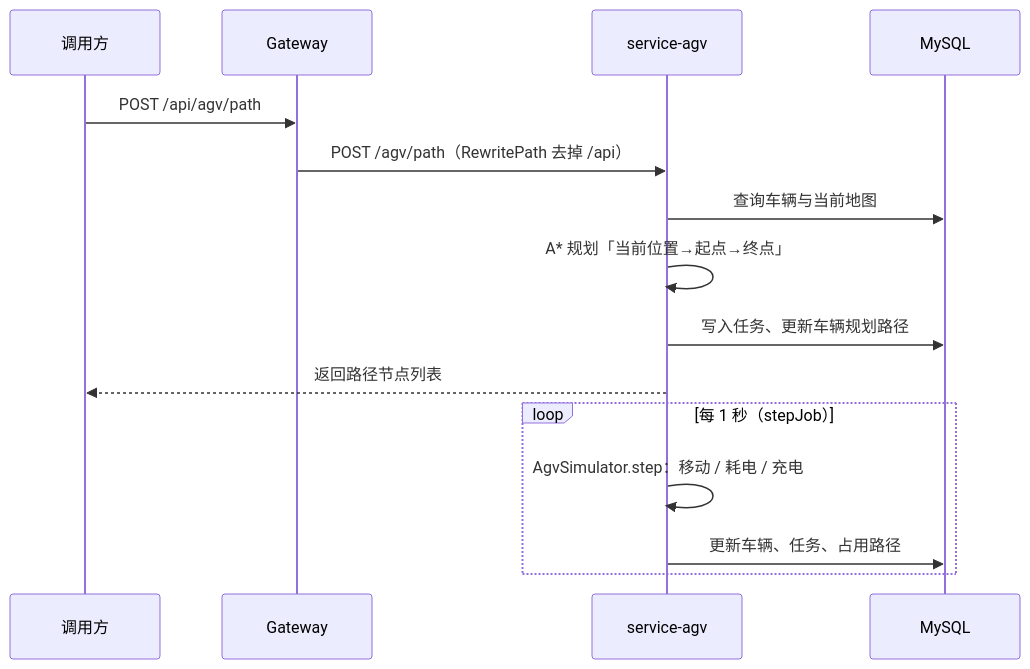
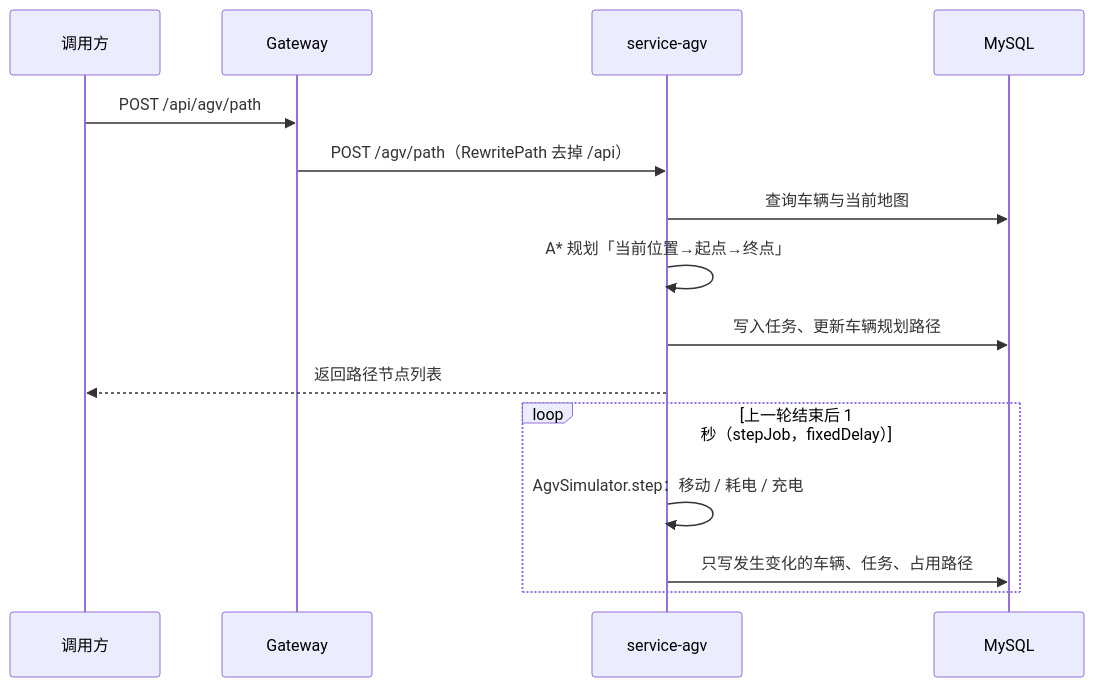
The second of 2 diagrams in README.md (lizhi-03/agv-system), drawn with Mermaid before and after one commit. The commit also changed other lines of this file and 32 other files, not shown here.

First line of the commit message:
perf(sim): 仿真 tick 优化——每车锁 + 单车事务 + 只写变化 + 地图缓存 + 批量写路径

````diff
--- a/README.md
+++ b/README.md
@@ -449,17 +457,17 @@
 ```mermaid
 sequenceDiagram
     participant C as 调用方
     participant G as Gateway
     participant S as service-agv
     participant DB as MySQL
     C->>G: POST /api/agv/path
     G->>S: POST /agv/path（RewritePath 去掉 /api）
     S->>DB: 查询车辆与当前地图
     S->>S: A* 规划「当前位置→起点→终点」
     S->>DB: 写入任务、更新车辆规划路径
     S-->>C: 返回路径节点列表
-    loop 每 1 秒（stepJob）
+    loop 上一轮结束后 1 秒（stepJob，fixedDelay）
         S->>S: AgvSimulator.step：移动 / 耗电 / 充电
-        S->>DB: 更新车辆、任务、占用路径
+        S->>DB: 只写发生变化的车辆、任务、占用路径
     end
 ```
````
